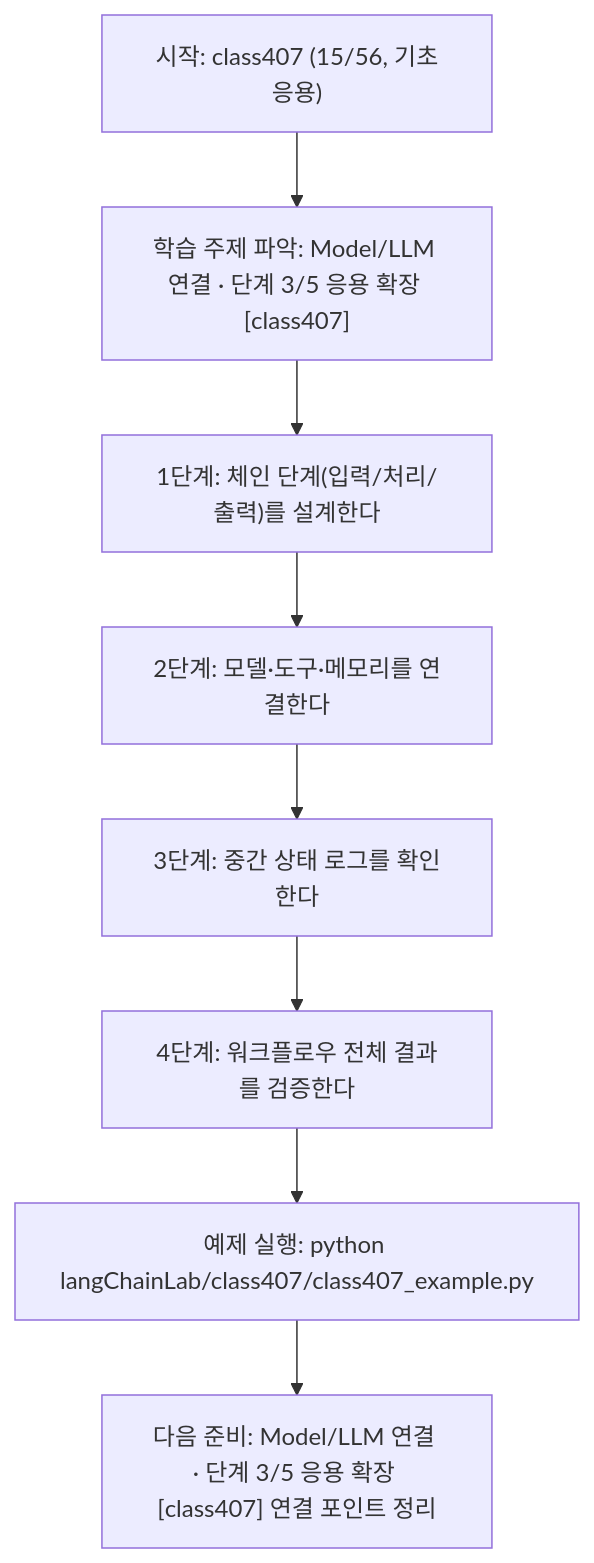
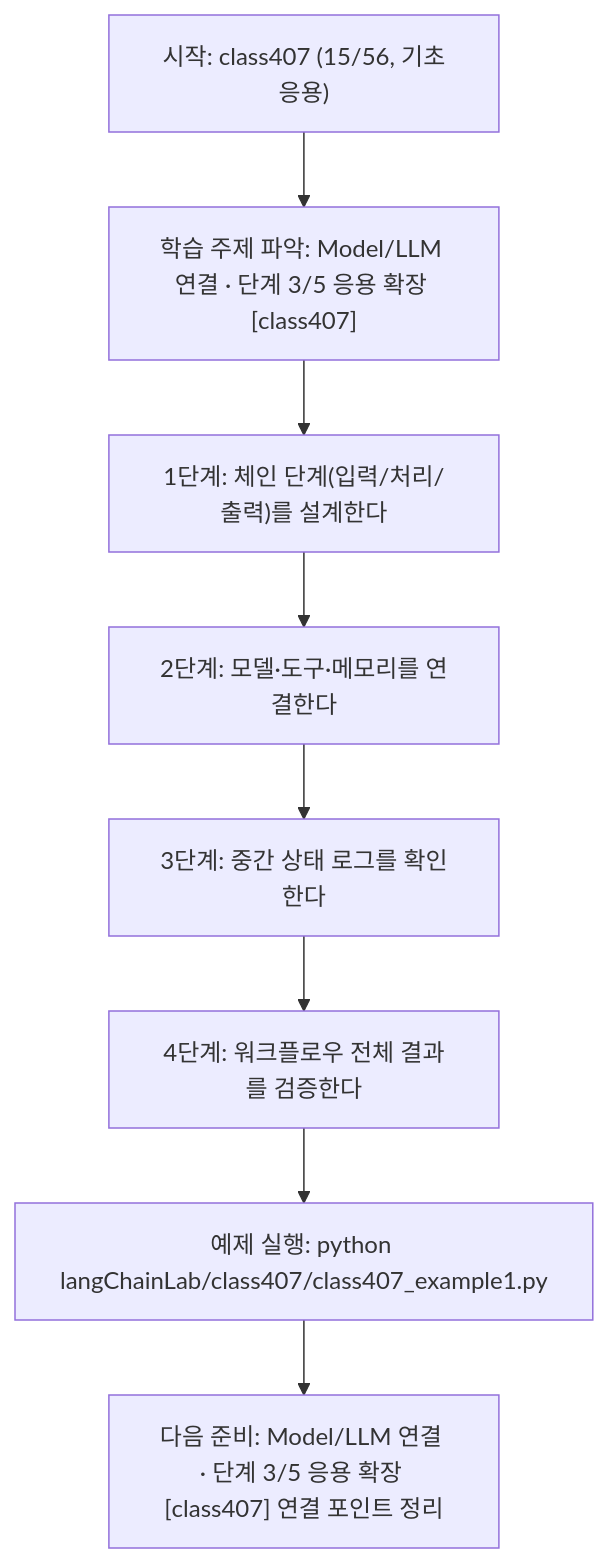
The diagram in langChainLab/class407/class407.md (edumgt/Python-AI_Agent-Class), drawn with Mermaid before and after one commit. The commit also changed other lines of this file and 2959 other files, not shown here.

````diff
--- a/langChainLab/class407/class407.md
+++ b/langChainLab/class407/class407.md
@@ -110,18 +110,18 @@
 ```mermaid
 flowchart TD
 N1["시작: class407 (15/56, 기초응용)"]
 N2["학습 주제 파악: Model/LLM 연결 · 단계 3/5 응용 확장 [class407]"]
 N3["1단계: 체인 단계(입력/처리/출력)를 설계한다"]
 N4["2단계: 모델·도구·메모리를 연결한다"]
 N5["3단계: 중간 상태 로그를 확인한다"]
 N6["4단계: 워크플로우 전체 결과를 검증한다"]
-N7["예제 실행: python langChainLab/class407/class407_example.py"]
+N7["예제 실행: python langChainLab/class407/class407_example1.py"]
 N8["다음 준비: Model/LLM 연결 · 단계 3/5 응용 확장 [class407] 연결 포인트 정리"]
 N1 --> N2
 N2 --> N3
 N3 --> N4
 N4 --> N5
 N5 --> N6
 N6 --> N7
 N7 --> N8
 ```
````
